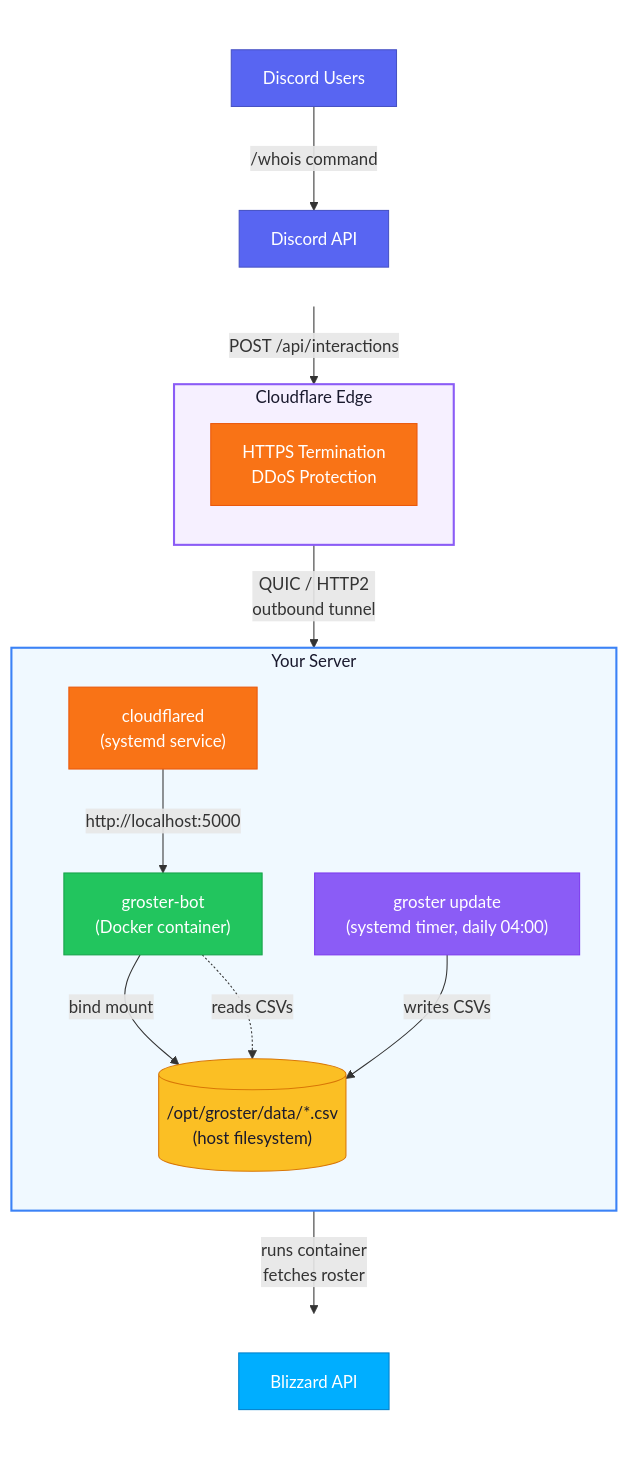
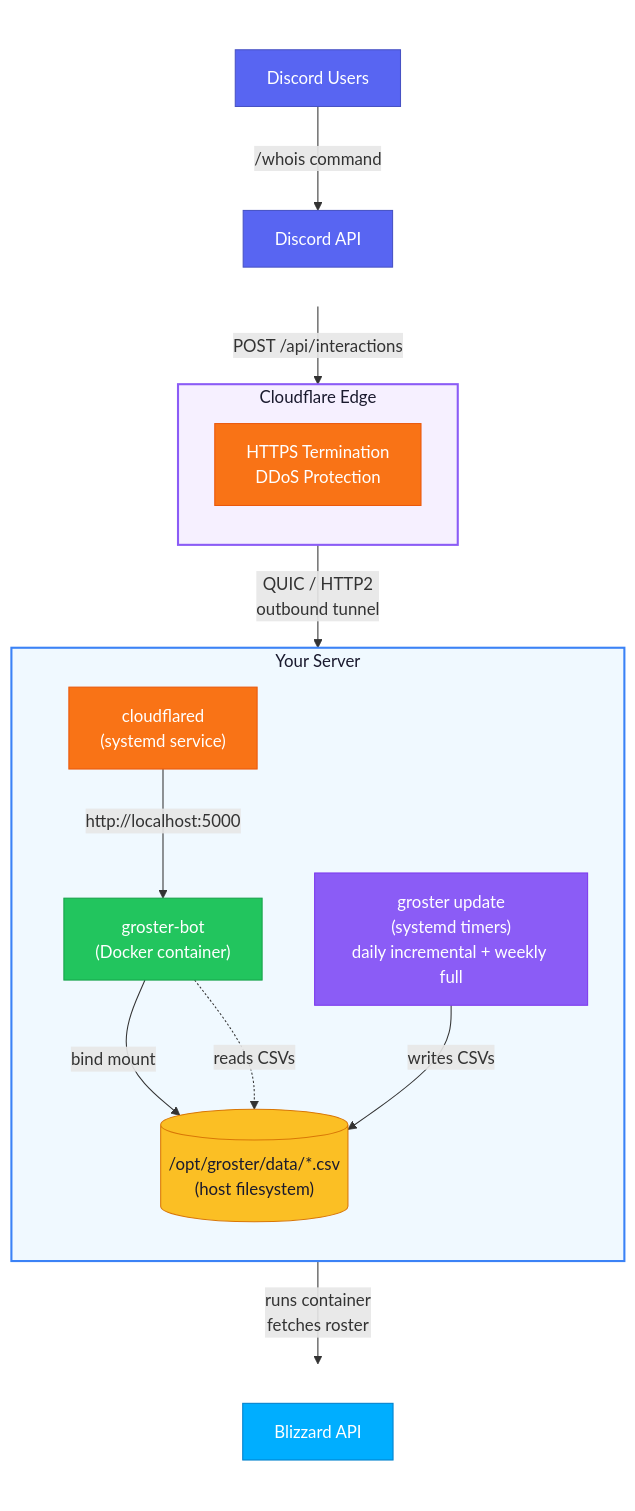
The diagram in docs/deploy-local-server.md (sergeyklay/groster), drawn with Mermaid before and after one commit. The commit also changed other lines of this file and 1 other file, not shown here.

First line of the commit message:
docs: document incremental updates, --force flag, and two-timer schedule

````diff
--- a/docs/deploy-local-server.md
+++ b/docs/deploy-local-server.md
@@ -27,48 +27,48 @@
 ```mermaid
 flowchart TB
     subgraph internet [" "]
         direction TB
         discord["Discord API"]
         users["Discord Users"]
     end
 
     subgraph cloudflare ["Cloudflare Edge"]
         direction TB
         edge["HTTPS Termination<br>DDoS Protection"]
     end
 
     subgraph server ["Your Server"]
         direction TB
         tunnel["cloudflared<br>(systemd service)"]
         bot["groster-bot<br>(Docker container)"]
         data[("/opt/groster/data/*.csv<br>(host filesystem)")]
-        timer["groster update<br>(systemd timer, daily 04:00)"]
+        timer["groster update<br>(systemd timers)<br>daily incremental + weekly full"]
     end
 
     subgraph blizzard [" "]
         direction TB
         api["Blizzard API"]
     end
 
     users -- "/whois command" --> discord
     discord -- "POST /api/interactions" --> edge
     edge -- "QUIC / HTTP2<br>outbound tunnel" --> tunnel
     tunnel -- "http://localhost:5000" --> bot
     bot -- "bind mount" --> data
     timer -- "runs container<br>fetches roster" --> api
     timer -- "writes CSVs" --> data
     bot -. "reads CSVs" .-> data
 
     style internet fill:none,stroke:none
     style blizzard fill:none,stroke:none
     style cloudflare fill:#f6f0ff,stroke:#8b5cf6,stroke-width:2px,color:#1a1a2e
     style server fill:#f0f9ff,stroke:#3b82f6,stroke-width:2px,color:#1a1a2e
     style discord fill:#5865F2,stroke:#4752C4,color:#fff
     style users fill:#5865F2,stroke:#4752C4,color:#fff
     style edge fill:#f97316,stroke:#ea580c,color:#fff
     style tunnel fill:#f97316,stroke:#ea580c,color:#fff
     style bot fill:#22c55e,stroke:#16a34a,color:#fff
     style data fill:#fbbf24,stroke:#d97706,color:#1a1a2e
     style timer fill:#8b5cf6,stroke:#7c3aed,color:#fff
     style api fill:#00aeff,stroke:#0080cc,color:#fff
 ```
````
